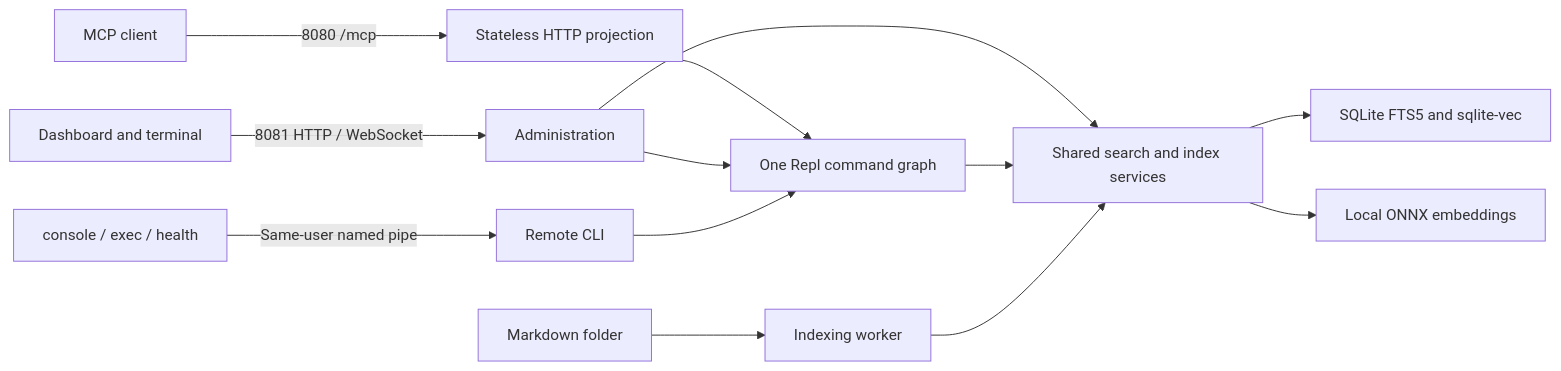
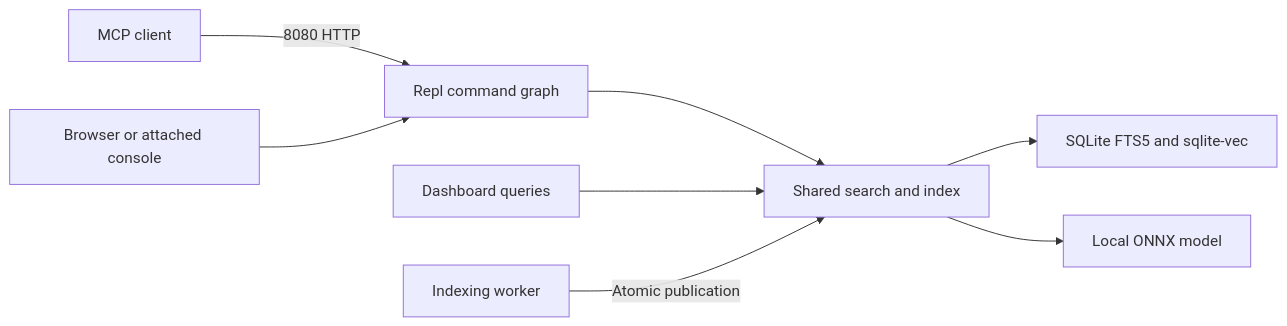
The diagram in samples/10-docs-mcp/README.md (yllibed/repl), drawn with Mermaid before and after one commit. The commit also changed other lines of this file and 2 other files, not shown here.

Commit message:
docs(samples): guide readers from first search to hosting architecture

````diff
--- a/samples/10-docs-mcp/README.md
+++ b/samples/10-docs-mcp/README.md
@@ -108,15 +185,10 @@
 ```mermaid
 flowchart LR
-    Agent[MCP client] -->|8080 /mcp| MCP[Stateless HTTP projection]
-    Browser[Dashboard and terminal] -->|8081 HTTP / WebSocket| Admin[Administration]
-    CLI[console / exec / health] -->|Same-user named pipe| Remote[Remote CLI]
-    MCP --> Graph[One Repl command graph]
-    Admin --> Graph
-    Remote --> Graph
-    Admin --> Search[Shared search and index services]
-    Graph --> Search
-    Worker[Indexing worker] --> Search
-    Sources[Markdown folder] --> Worker
+    Agent[MCP client] -->|8080 HTTP| Graph[Repl command graph]
+    Terminal[Browser or attached console] --> Graph
+    Graph --> Search[Shared search and index]
+    Dashboard[Dashboard queries] --> Search
+    Worker[Indexing worker] -->|Atomic publication| Search
     Search --> SQLite[SQLite FTS5 and sqlite-vec]
-    Search --> Model[Local ONNX embeddings]
+    Search --> Model[Local ONNX model]
 ```
````
